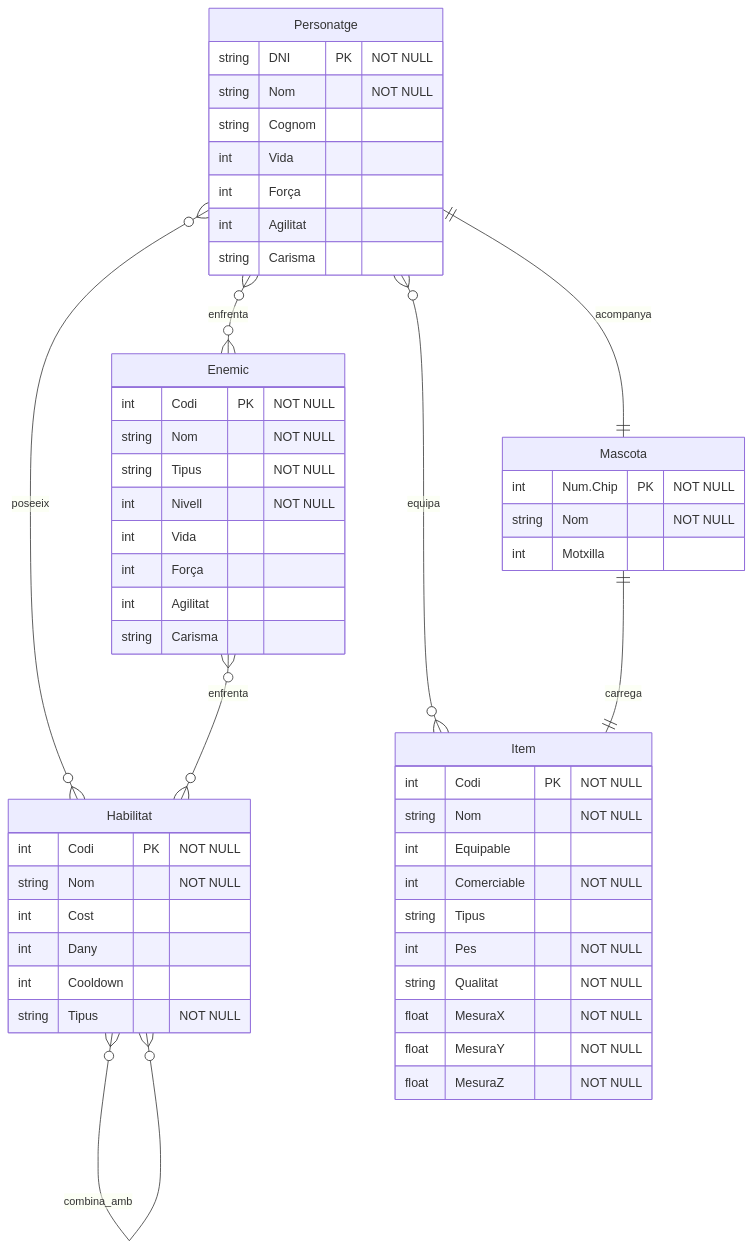
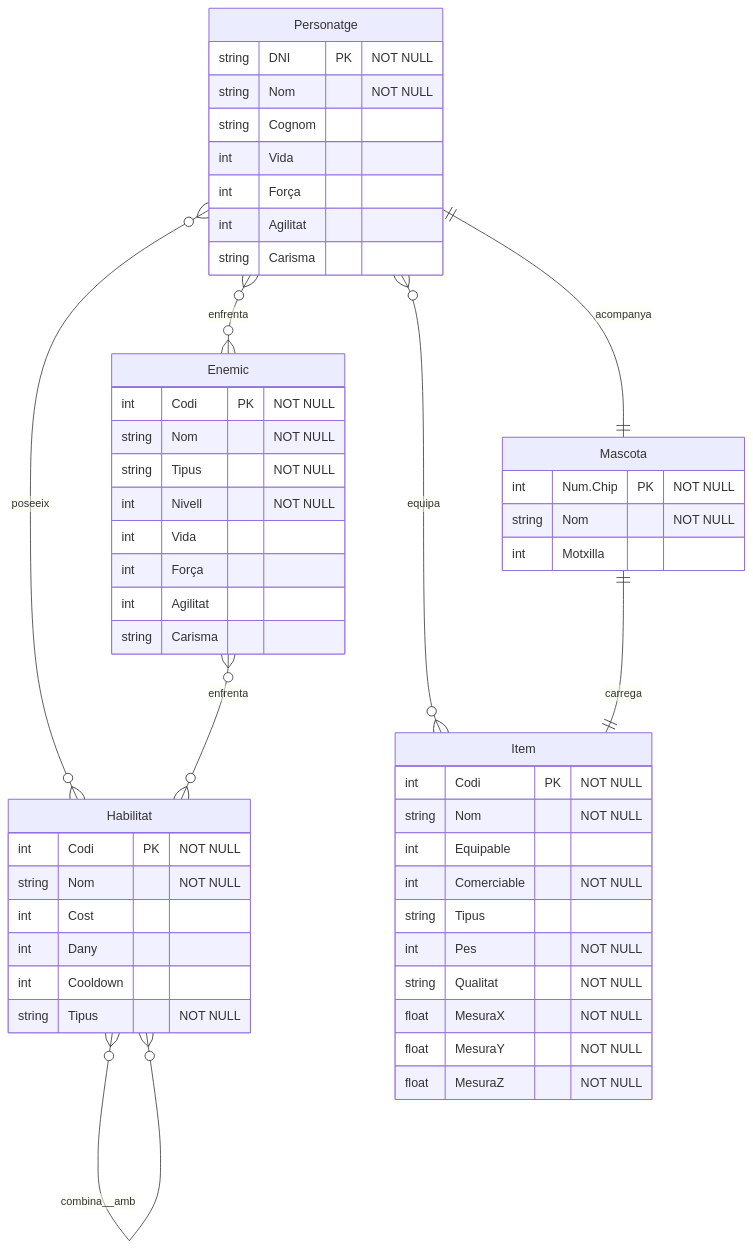
The diagram in GBD/activitat-02-diagrama-er/diagrama-er-mermaid.md (ay-mma-n/lliuraments-2627), drawn with Mermaid before and after one commit.

Commit message:
Update diagrama-er-mermaid.md
Actualització: He arreglat la entitat amb
La correció ha sigut que la relació que al ficarla "combina amb" el parametra amb la detectat com una entitat, al ficar-ho de aquesta forma "combina__amb" m'ho ha detectat de forma exitosa com una relació

````diff
--- a/GBD/activitat-02-diagrama-er/diagrama-er-mermaid.md
+++ b/GBD/activitat-02-diagrama-er/diagrama-er-mermaid.md
@@ -1,54 +1,54 @@
 ```mermaid
 erDiagram
     Personatge {
         string DNI PK "NOT NULL"
         string Nom "NOT NULL"
         string Cognom
         int Vida
         int Força
         int Agilitat
         string Carisma
     }
     Habilitat {
         int Codi PK "NOT NULL"
         string Nom "NOT NULL"
         int Cost
         int Dany
         int Cooldown
         string Tipus "NOT NULL"
     }
     Item {
         int Codi PK "NOT NULL"
         string Nom "NOT NULL"
         int Equipable
         int Comerciable "NOT NULL"
         string Tipus
         int Pes "NOT NULL"
         string Qualitat "NOT NULL"
         float MesuraX "NOT NULL"  
         float MesuraY "NOT NULL"
         float MesuraZ "NOT NULL"
     }
     Mascota {
         int Num.Chip PK "NOT NULL"
         string Nom "NOT NULL"
         int Motxilla
     }
     Enemic {
         int Codi PK "NOT NULL"
         string Nom "NOT NULL"
         string Tipus "NOT NULL"
         int Nivell "NOT NULL"
         int Vida
         int Força
         int Agilitat
         string Carisma
     }
-    Habilitat }o--o{ Habilitat : combina_amb
+    Habilitat }o--o{ Habilitat : combina__amb
     Personatge }o--o{ Habilitat : poseeix
     Personatge }o--o{ Item : equipa
     Personatge ||--|| Mascota : acompanya
     Mascota ||--|| Item : carrega
     Enemic }o--o{ Habilitat : enfrenta
     Personatge }o--o{ Enemic : enfrenta
 ```
````
